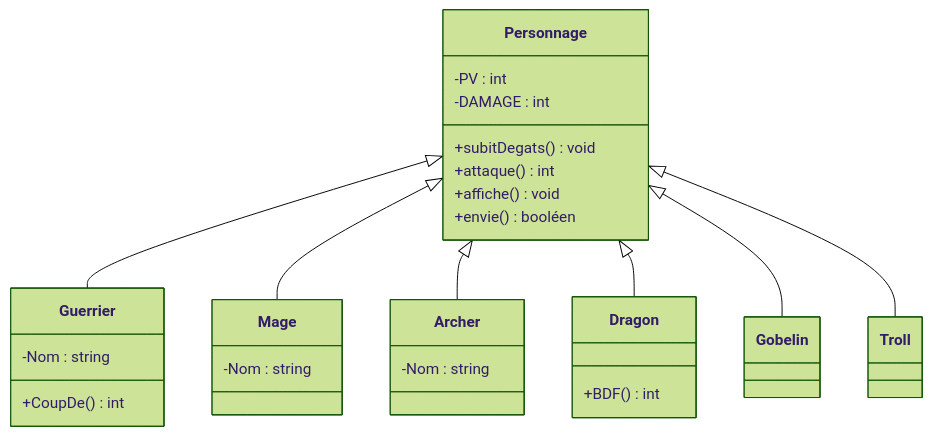
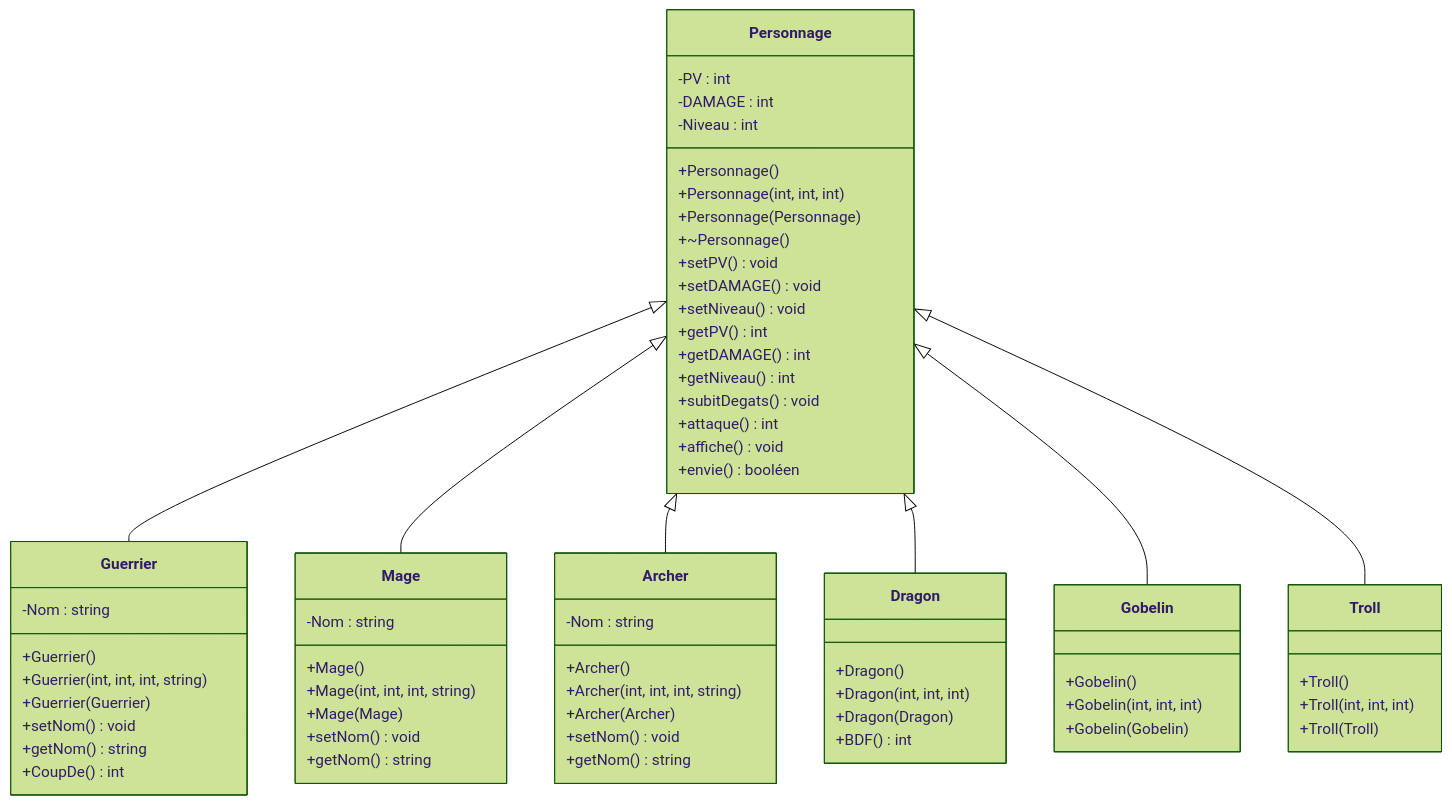
The diagram in README.md (titouandup/POO-Prosit4), drawn with Mermaid (forest theme) before and after one commit.

Commit message:
Ajout Constructeurs, Destructeurs, setters et getters

````diff
--- a/README.md
+++ b/README.md
@@ -3,44 +3,77 @@
 ```mermaid
 classDiagram
 class Personnage {
     -PV : int
     -DAMAGE : int
+    -Niveau : int
+    +Personnage()
+    +Personnage(int, int, int)
+    +Personnage(Personnage)
+    +~Personnage()
+    +setPV() void
+    +setDAMAGE() void
+    +setNiveau() void
+    +getPV() int
+    +getDAMAGE() int
+    +getNiveau() int
     +subitDegats() void
     +attaque() int
     +affiche() void
     +envie() booléen
 }
 
 class Guerrier {
     -Nom : string
+    +Guerrier()
+    +Guerrier(int, int, int, string)
+    +Guerrier(Guerrier)
+    +setNom() void
+    +getNom() string
     +CoupDe() int
 }
 
 class Mage {
+    +Mage()
+    +Mage(int, int, int, string)
+    +Mage(Mage)
+    +setNom() void
+    +getNom() string
     -Nom : string
 }
 
 class Archer {
+    +Archer()
+    +Archer(int, int, int, string)
+    +Archer(Archer)
+    +setNom() void
+    +getNom() string
     -Nom : string
 }
 
 class Dragon {
+    +Dragon()
+    +Dragon(int, int, int)
+    +Dragon(Dragon)
     +BDF() int    
 }
 
 class Gobelin {
-    
+    +Gobelin()
+    +Gobelin(int, int, int)
+    +Gobelin(Gobelin)
 }
 
 class Troll {
-    
+    +Troll()
+    +Troll(int, int, int)
+    +Troll(Troll)
 }
 
 Personnage<|--Guerrier
 Personnage<|--Mage
 Personnage<|--Archer
 Personnage<|--Dragon
 Personnage<|--Gobelin
 Personnage<|--Troll
 
 ```
````
